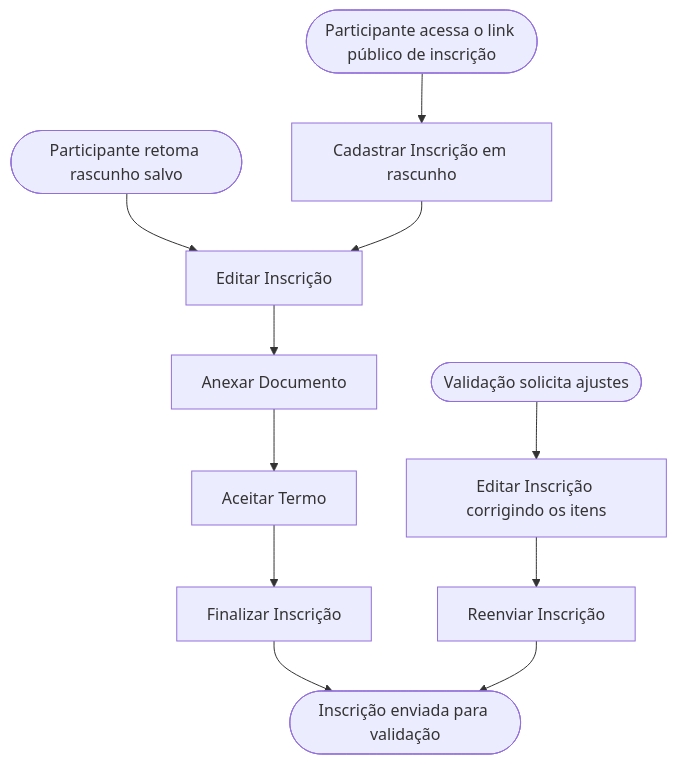
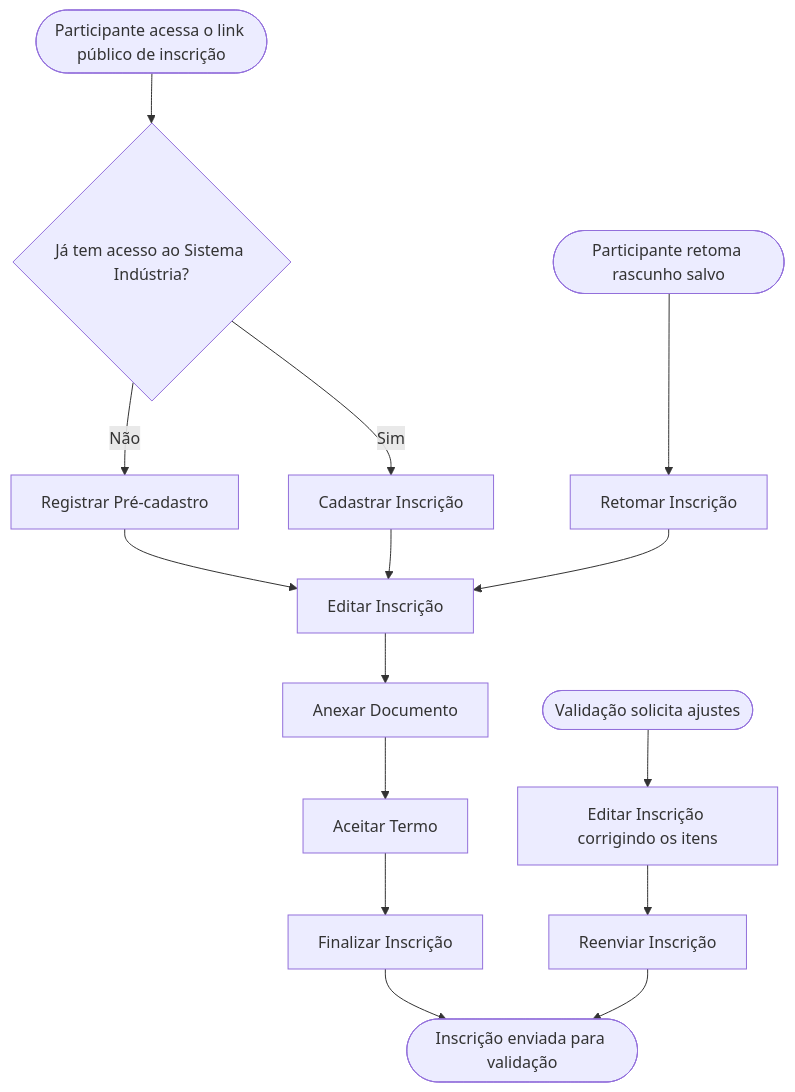
One commit to andromarcio/phl-premio-iel changed the diagram in modules/inscricao/inscricao-participante/README.md. Above: the diagram before and after it, drawn with Mermaid. The commit also changed other lines of this file and 27 other files, not shown here.

````diff
--- a/modules/inscricao/inscricao-participante/README.md
+++ b/modules/inscricao/inscricao-participante/README.md
@@ -32,13 +32,17 @@
 ```mermaid
 flowchart TD
-    A(["Participante acessa o link público de inscrição"]) --> B["Cadastrar Inscrição em rascunho"]
-    R(["Participante retoma rascunho salvo"]) --> C["Editar Inscrição"]
+    A(["Participante acessa o link público de inscrição"]) --> PC{"Já tem acesso ao Sistema Indústria?"}
+    PC -->|Não| RP["Registrar Pré-cadastro"]
+    PC -->|Sim| B["Cadastrar Inscrição"]
+    RP --> C["Editar Inscrição"]
     B --> C
+    R(["Participante retoma rascunho salvo"]) --> RT["Retomar Inscrição"]
+    RT --> C
     C --> D["Anexar Documento"]
     D --> E["Aceitar Termo"]
     E --> F["Finalizar Inscrição"]
     F --> G(["Inscrição enviada para validação"])
     H(["Validação solicita ajustes"]) --> I["Editar Inscrição corrigindo os itens"]
     I --> J["Reenviar Inscrição"]
     J --> G
 ```
````
